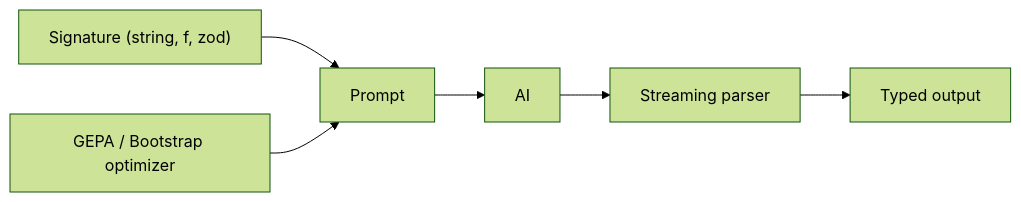
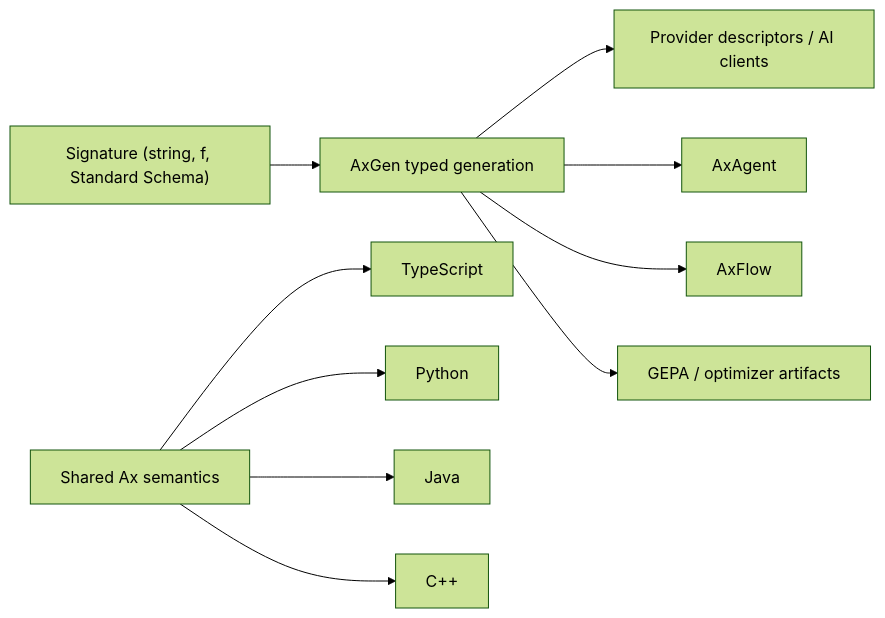
The first of 2 diagrams in README.md (ax-llm/ax), drawn with Mermaid (forest theme) before and after one commit. The commit also changed other lines of this file and 9 other files, not shown here.

````diff
--- a/README.md
+++ b/README.md
@@ -16,8 +41,12 @@
 ```mermaid
 flowchart LR
-  S["Signature (string, f, zod)"] --> P["Prompt"]
-  P --> AI["AI"]
-  AI --> R["Streaming parser"]
-  R --> O["Typed output"]
-  X["GEPA / Bootstrap optimizer"] --> P
+  S["Signature (string, f, Standard Schema)"] --> G["AxGen typed generation"]
+  G --> P["Provider descriptors / AI clients"]
+  G --> A["AxAgent"]
+  G --> F["AxFlow"]
+  G --> O["GEPA / optimizer artifacts"]
+  C["Shared Ax semantics"] --> TS["TypeScript"]
+  C --> PY["Python"]
+  C --> JV["Java"]
+  C --> CP["C++"]
 ```
````
